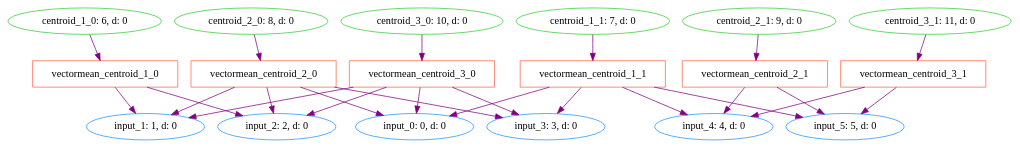
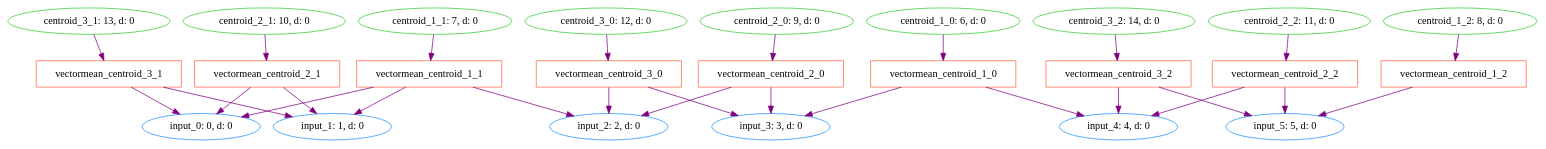
One commit to milliondegree/PXAI changed the diagram in data/toy-kmeans/cprov/test.dot. Above: the diagram before and after it, drawn with Graphviz. The commit also changed 5 other files, not shown here.

```diff
--- a/data/toy-kmeans/cprov/test.dot
+++ b/data/toy-kmeans/cprov/test.dot
@@ -1,68 +1,80 @@
 digraph G {
 0 [label="input_0: 0, d: 0", shape=oval, color=dodgerblue];
 1 [label="input_1: 1, d: 0", shape=oval, color=dodgerblue];
 2 [label="input_2: 2, d: 0", shape=oval, color=dodgerblue];
 3 [label="input_3: 3, d: 0", shape=oval, color=dodgerblue];
 4 [label="input_4: 4, d: 0", shape=oval, color=dodgerblue];
 5 [label="input_5: 5, d: 0", shape=oval, color=dodgerblue];
 6 [label="centroid_1_0: 6, d: 0", shape=oval, color=limegreen];
 7 [label="vectormean_centroid_1_0", shape=box, color=tomato];
 8 [label="centroid_1_1: 7, d: 0", shape=oval, color=limegreen];
 9 [label="vectormean_centroid_1_1", shape=box, color=tomato];
-10 [label="centroid_2_0: 8, d: 0", shape=oval, color=limegreen];
-11 [label="vectormean_centroid_2_0", shape=box, color=tomato];
-12 [label="centroid_2_1: 9, d: 0", shape=oval, color=limegreen];
-13 [label="vectormean_centroid_2_1", shape=box, color=tomato];
-14 [label="centroid_3_0: 10, d: 0", shape=oval, color=limegreen];
-15 [label="vectormean_centroid_3_0", shape=box, color=tomato];
-16 [label="centroid_3_1: 11, d: 0", shape=oval, color=limegreen];
-17 [label="vectormean_centroid_3_1", shape=box, color=tomato];
+10 [label="centroid_1_2: 8, d: 0", shape=oval, color=limegreen];
+11 [label="vectormean_centroid_1_2", shape=box, color=tomato];
+12 [label="centroid_2_0: 9, d: 0", shape=oval, color=limegreen];
+13 [label="vectormean_centroid_2_0", shape=box, color=tomato];
+14 [label="centroid_2_1: 10, d: 0", shape=oval, color=limegreen];
+15 [label="vectormean_centroid_2_1", shape=box, color=tomato];
+16 [label="centroid_2_2: 11, d: 0", shape=oval, color=limegreen];
+17 [label="vectormean_centroid_2_2", shape=box, color=tomato];
+18 [label="centroid_3_0: 12, d: 0", shape=oval, color=limegreen];
+19 [label="vectormean_centroid_3_0", shape=box, color=tomato];
+20 [label="centroid_3_1: 13, d: 0", shape=oval, color=limegreen];
+21 [label="vectormean_centroid_3_1", shape=box, color=tomato];
+22 [label="centroid_3_2: 14, d: 0", shape=oval, color=limegreen];
+23 [label="vectormean_centroid_3_2", shape=box, color=tomato];
 6->7  [color=purple]
  [label=""];
-7->1  [color=purple]
+7->3  [color=purple]
  [label=""];
-7->2  [color=purple]
+7->4  [color=purple]
  [label=""];
 8->9  [color=purple]
  [label=""];
 9->0  [color=purple]
  [label=""];
-9->3  [color=purple]
+9->1  [color=purple]
  [label=""];
-9->4  [color=purple]
- [label=""];
-9->5  [color=purple]
+9->2  [color=purple]
  [label=""];
 10->11  [color=purple]
  [label=""];
-11->0  [color=purple]
- [label=""];
-11->1  [color=purple]
- [label=""];
-11->2  [color=purple]
- [label=""];
-11->3  [color=purple]
+11->5  [color=purple]
  [label=""];
 12->13  [color=purple]
  [label=""];
-13->4  [color=purple]
+13->2  [color=purple]
  [label=""];
-13->5  [color=purple]
+13->3  [color=purple]
  [label=""];
 14->15  [color=purple]
  [label=""];
 15->0  [color=purple]
  [label=""];
 15->1  [color=purple]
  [label=""];
-15->2  [color=purple]
- [label=""];
-15->3  [color=purple]
- [label=""];
 16->17  [color=purple]
  [label=""];
 17->4  [color=purple]
  [label=""];
 17->5  [color=purple]
  [label=""];
+18->19  [color=purple]
+ [label=""];
+19->2  [color=purple]
+ [label=""];
+19->3  [color=purple]
+ [label=""];
+20->21  [color=purple]
+ [label=""];
+21->0  [color=purple]
+ [label=""];
+21->1  [color=purple]
+ [label=""];
+22->23  [color=purple]
+ [label=""];
+23->4  [color=purple]
+ [label=""];
+23->5  [color=purple]
+ [label=""];
 }
```
